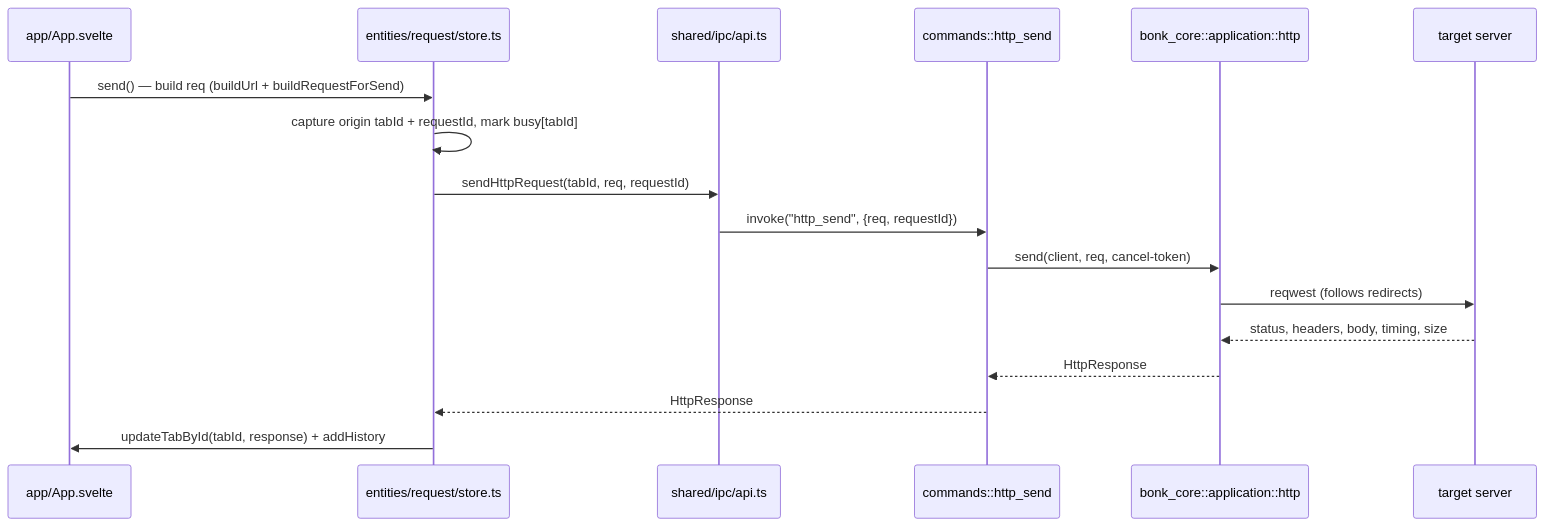
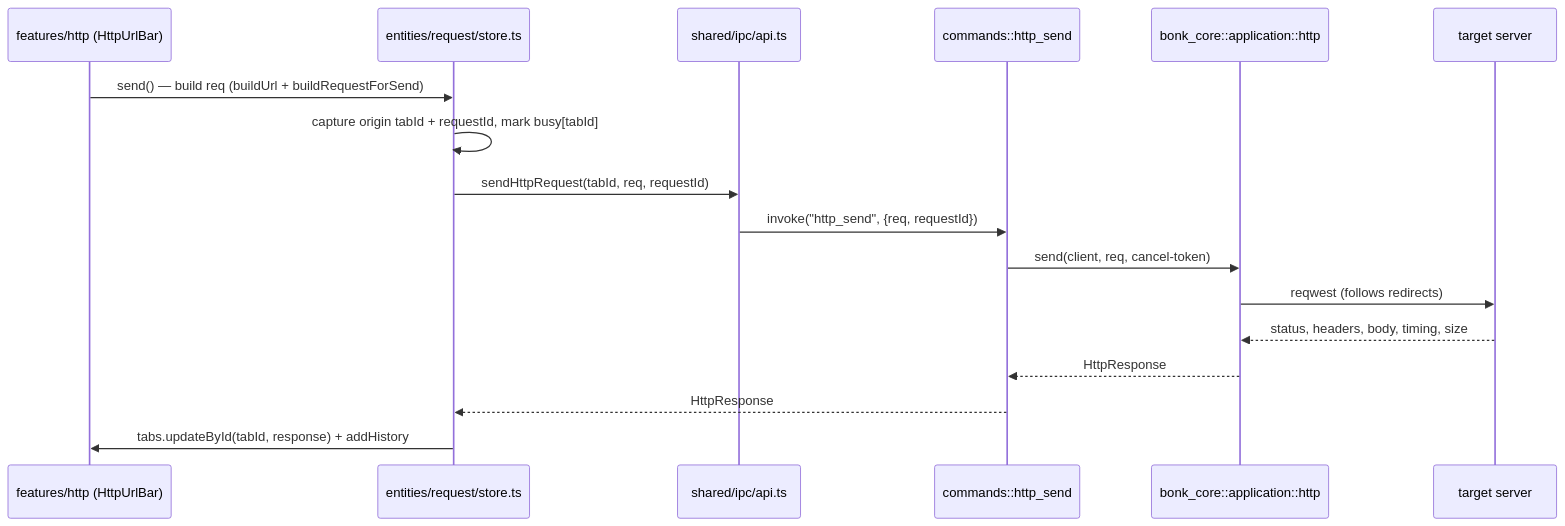
The diagram in ARCHITECTURE.md (nekidaz/.bonk), drawn with Mermaid before and after one commit. The commit also changed other lines of this file and 2 other files, not shown here.

First line of the commit message:
docs: state conventions (runes) — GUIDE «Состояние (руны)», CLAUDE.md rule, ARCHITECTURE

````diff
--- a/ARCHITECTURE.md
+++ b/ARCHITECTURE.md
@@ -95,20 +101,20 @@
 ```mermaid
 sequenceDiagram
-    participant UI as app/App.svelte
+    participant UI as features/http (HttpUrlBar)
     participant S as entities/request/store.ts
     participant API as shared/ipc/api.ts
     participant CMD as commands::http_send
     participant CORE as bonk_core::application::http
     participant NET as target server
 
     UI->>S: send() — build req (buildUrl + buildRequestForSend)
     S->>S: capture origin tabId + requestId, mark busy[tabId]
     S->>API: sendHttpRequest(tabId, req, requestId)
     API->>CMD: invoke("http_send", {req, requestId})
     CMD->>CORE: send(client, req, cancel-token)
     CORE->>NET: reqwest (follows redirects)
     NET-->>CORE: status, headers, body, timing, size
     CORE-->>CMD: HttpResponse
     CMD-->>S: HttpResponse
-    S->>UI: updateTabById(tabId, response) + addHistory
+    S->>UI: tabs.updateById(tabId, response) + addHistory
 ```
````
